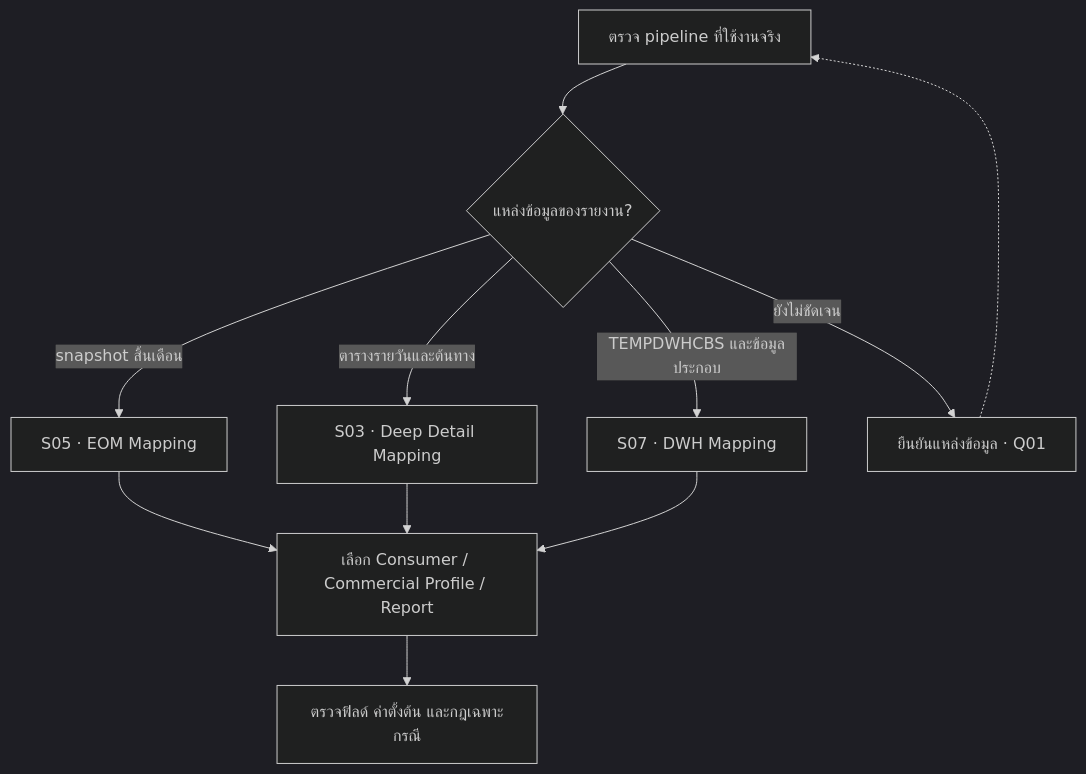
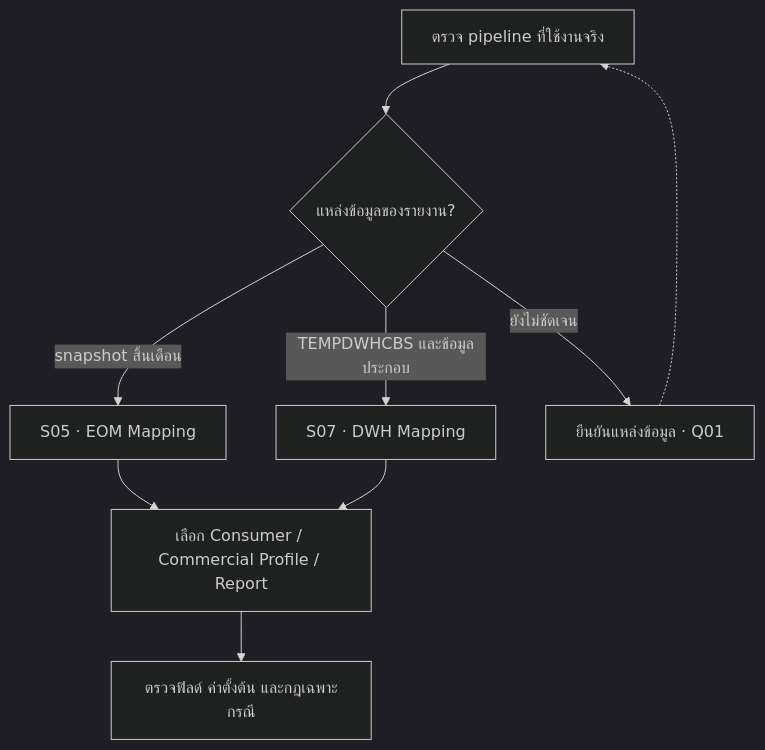
Before and after one commit to yukasung/eodncb: the second of 2 diagrams in app/data-flow/page.mdx, drawn with Mermaid (dark theme). The commit also changed other lines of this file and 18 other files, not shown here.

Commit message:
docs: remove Deep Detail source and derived content

````diff
--- a/app/data-flow/page.mdx
+++ b/app/data-flow/page.mdx
@@ -41,14 +40,12 @@
 ```mermaid
 %%{init: {"flowchart": {"useMaxWidth": false}}}%%
 flowchart TD
     A[ตรวจ pipeline ที่ใช้งานจริง] --> B{แหล่งข้อมูลของรายงาน?}
     B -->|snapshot สิ้นเดือน| C[S05 · EOM Mapping]
-    B -->|ตารางรายวันและต้นทาง| D[S03 · Deep Detail Mapping]
     B -->|TEMPDWHCBS และข้อมูลประกอบ| E[S07 · DWH Mapping]
     B -->|ยังไม่ชัดเจน| F[ยืนยันแหล่งข้อมูล · Q01]
     F -.-> A
     C --> G[เลือก Consumer / Commercial Profile / Report]
-    D --> G
     E --> G
     G --> H[ตรวจฟิลด์ ค่าตั้งต้น และกฎเฉพาะกรณี]
 ```
````
